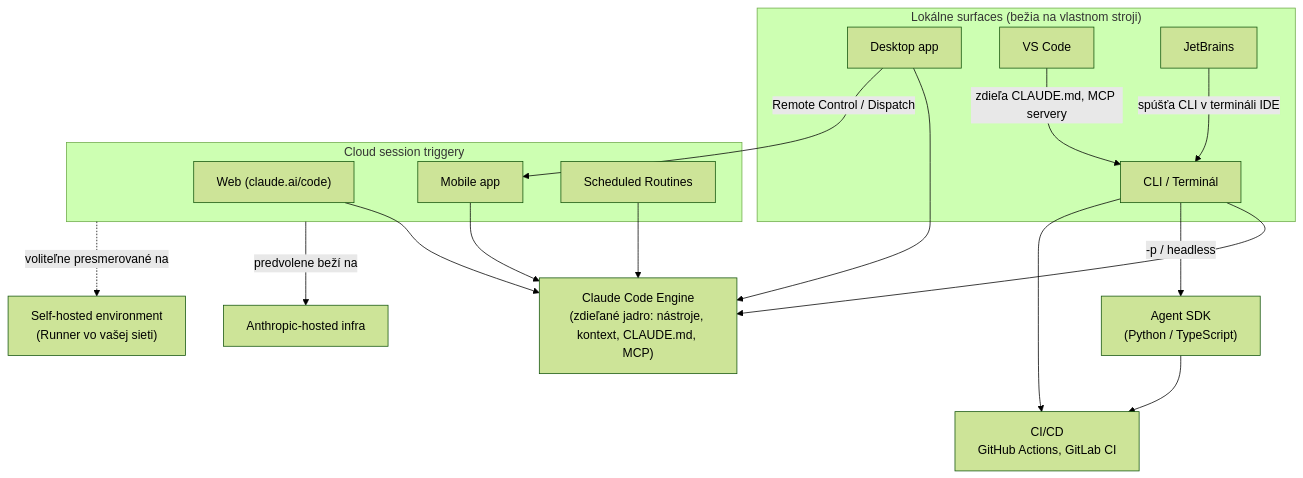
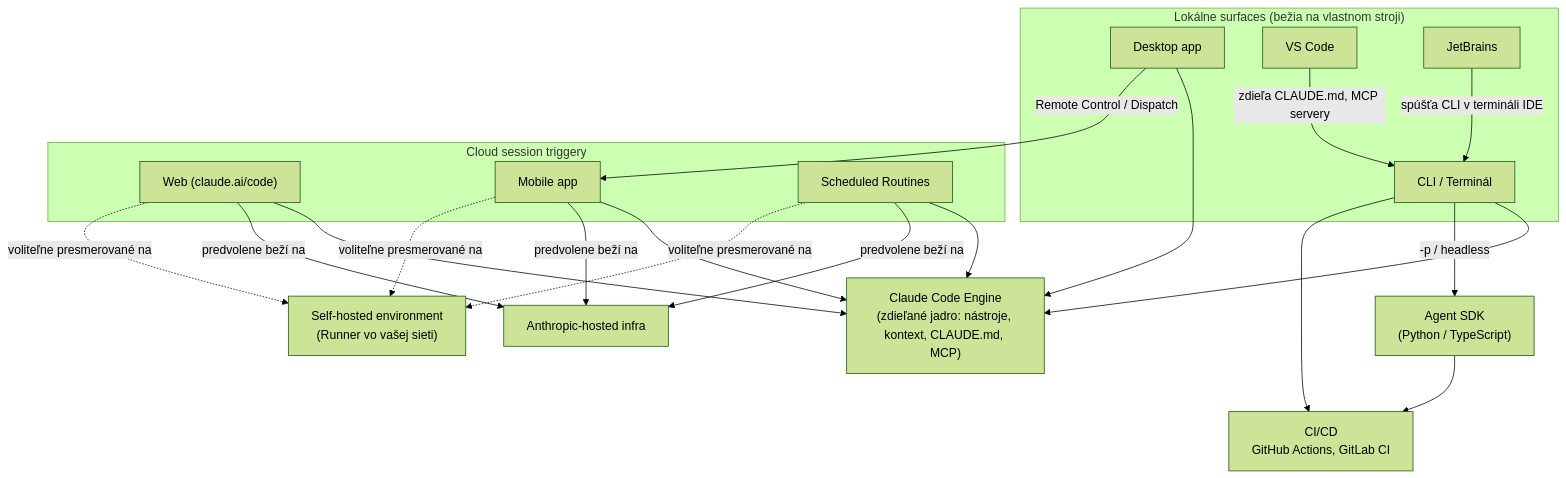
The first of 2 diagrams in content/docs/sk/knifes/K000113-CC-Platformy-Orchestracia/index.md (KNIFE-Framework/knifes_overview), drawn with Mermaid (forest theme) before and after one commit. The commit also changed other lines of this file and 6 other files, not shown here.

First line of the commit message:
fix(knife): harden K000113 mermaid diagram for cross-renderer compatibility

````diff
--- a/content/docs/sk/knifes/K000113-CC-Platformy-Orchestracia/index.md
+++ b/content/docs/sk/knifes/K000113-CC-Platformy-Orchestracia/index.md
@@ -154,35 +154,44 @@
 ```mermaid
 flowchart TB
-    ENGINE["Claude Code Engine\n(zdieľané jadro: nástroje, kontext, CLAUDE.md, MCP)"]
+    ENGINE["Claude Code Engine<br/>(zdieľané jadro: nástroje, kontext, CLAUDE.md, MCP)"]
 
     subgraph LOKAL["Lokálne surfaces (bežia na vlastnom stroji)"]
         CLI["CLI / Terminál"]
         DESK["Desktop app"]
         VSC["VS Code"]
         JB["JetBrains"]
     end
 
     subgraph CLOUDSURF["Cloud session triggery"]
         WEB["Web (claude.ai/code)"]
         MOB["Mobile app"]
         ROUT["Scheduled Routines"]
     end
 
     CLI --> ENGINE
     DESK --> ENGINE
     VSC -->|"zdieľa CLAUDE.md, MCP servery"| CLI
     JB -->|"spúšťa CLI v termináli IDE"| CLI
 
     WEB --> ENGINE
     MOB --> ENGINE
     ROUT --> ENGINE
 
-    CLI -->|"-p / headless"| SDK["Agent SDK\n(Python / TypeScript)"]
-    SDK --> CICD["CI/CD\nGitHub Actions, GitLab CI"]
+    SDK["Agent SDK<br/>(Python / TypeScript)"]
+    CICD["CI/CD<br/>GitHub Actions, GitLab CI"]
+    ANTHROPIC["Anthropic-hosted infra"]
+    SELFHOST["Self-hosted environment<br/>(Runner vo vašej sieti)"]
+
+    CLI -->|"-p / headless"| SDK
+    SDK --> CICD
     CLI --> CICD
 
-    CLOUDSURF -->|"predvolene beží na"| ANTHROPIC["Anthropic-hosted infra"]
-    CLOUDSURF -.->|"voliteľne presmerované na"| SELFHOST["Self-hosted environment\n(Runner vo vašej sieti)"]
+    WEB -->|"predvolene beží na"| ANTHROPIC
+    MOB -->|"predvolene beží na"| ANTHROPIC
+    ROUT -->|"predvolene beží na"| ANTHROPIC
+    WEB -.->|"voliteľne presmerované na"| SELFHOST
+    MOB -.->|"voliteľne presmerované na"| SELFHOST
+    ROUT -.->|"voliteľne presmerované na"| SELFHOST
 
     DESK -->|"Remote Control / Dispatch"| MOB
 ```
````
